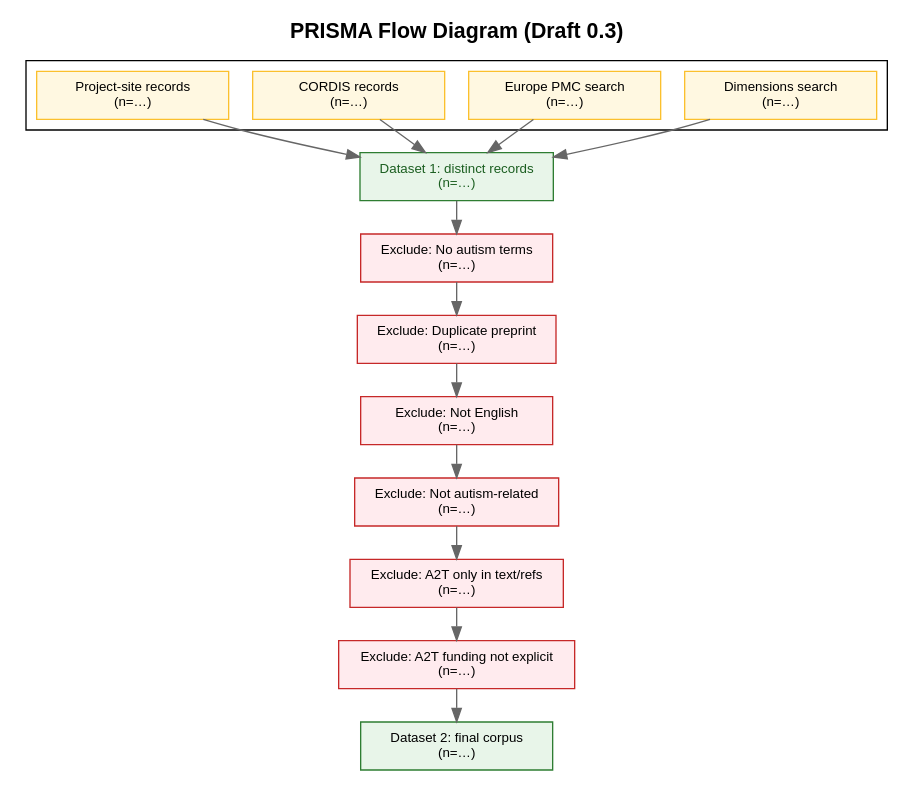
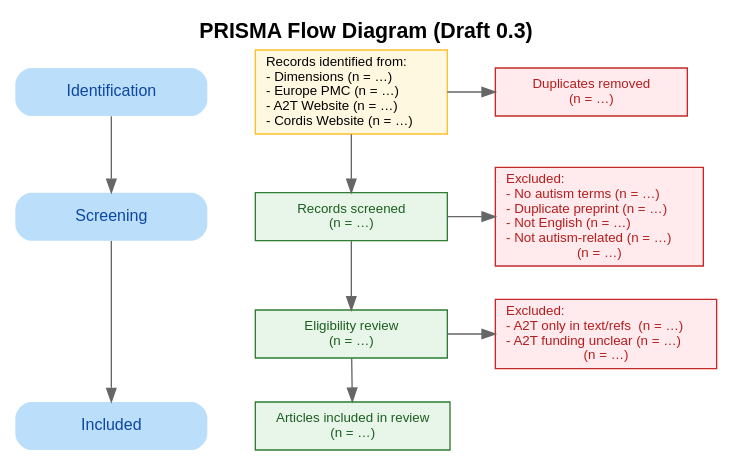
Before and after one commit to cedric-detienne/Autistic-participatory-metrics: the diagram in corpus/AIMS-2-TRIALS/protocol/prisma_diagram/prisma_diagram.dot, drawn with Graphviz.

```diff
--- a/corpus/AIMS-2-TRIALS/protocol/prisma_diagram/prisma_diagram.dot
+++ b/corpus/AIMS-2-TRIALS/protocol/prisma_diagram/prisma_diagram.dot
@@ -1,38 +1,60 @@
-digraph PRISMA {
-  rankdir = TB
+digraph PRISMA2020 {
+  /* ── Global settings ─────────────────────────────────────────────── */
+  rankdir = TB                           // Top-to-bottom layout
   labelloc = "t"
   label = "PRISMA Flow Diagram (Draft 0.3)"
   fontsize = 16
   fontname = "Helvetica-Bold"
-  nodesep = 0.25
+
+  nodesep = 0.5
   ranksep = 0.35
-  node [shape=box, fontname="Helvetica", fontsize=10, style=filled]
+
+  node [shape=box, fontname="Helvetica", fontsize=10, style=filled, width=2]
   edge [color=gray40]
 
-  /* — Sources — */
-  subgraph cluster_sources {
-    label = ""
-    rank = same
-    S1 [label="Dimensions search\n(n=…)",    width=2, fillcolor="#fff8e1", color="#fbc02d"];
-    S2 [label="Europe PMC search\n(n=…)",    width=2, fillcolor="#fff8e1", color="#fbc02d"];
-    S3 [label="CORDIS records\n(n=…)",       width=2, fillcolor="#fff8e1", color="#fbc02d"];
-    S4 [label="Project-site records\n(n=…)", width=2, fillcolor="#fff8e1", color="#fbc02d"];
-  }
+  /* ── Nodes — sources and flow ────────────────────────────────────── */
+  // Yellow box: record identification
+  R1 [label="Records identified from:\l- Dimensions (n = …)\l- Europe PMC (n = …)\l- A2T Website (n = …)\l- Cordis Website (n = …)\l", fillcolor="#fff8e1", color="#fbc02d"];
 
-  /* — Datasets — */
-  D1 [label="Dataset 1: distinct records\n(n=…)", width=2, fillcolor="#e8f5e9", color="#2e7d32", fontcolor="#1b5e20"];
-  D2 [label="Dataset 2: final corpus\n(n=…)",    width=2, fillcolor="#e8f5e9", color="#2e7d32"];
+  // Green boxes: progression
+  R2 [label="Records screened\n(n = …)", fillcolor="#e8f5e9", color="#2e7d32", fontcolor="#1b5e20"];
+  R3 [label="Eligibility review\n(n = …)", fillcolor="#e8f5e9", color="#2e7d32", fontcolor="#1b5e20"];
+  R4 [label="Articles included in review\n(n = …)", fillcolor="#e8f5e9", color="#2e7d32", fontcolor="#1b5e20"];
 
-  /* — Exclusions — */
-  X1  [label="Exclude: No autism terms\n(n=…)",             width=2, fillcolor="#ffebee", color="#c62828"];
-  X2  [label="Exclude: Duplicate preprint\n(n=…)",          width=2, fillcolor="#ffebee", color="#c62828"];
-  X3  [label="Exclude: Not English\n(n=…)",                 width=2, fillcolor="#ffebee", color="#c62828"];
-  X4  [label="Exclude: Not autism-related\n(n=…)",          width=2, fillcolor="#ffebee", color="#c62828"];
-  X5  [label="Exclude: A2T only in text/refs\n(n=…)",       width=2, fillcolor="#ffebee", color="#c62828"];
-  XF1 [label="Exclude: A2T funding not explicit\n(n=…)",    width=2, fillcolor="#ffebee", color="#c62828"];
+  /* ── Exclusion notes (right) ─────────────────────────────────────── */
+  Dup  [label="Duplicates removed\n(n = …)", fillcolor="#ffebee", color="#c62828", fontcolor="#b71c1c"];
+  Xscr [label="Excluded:\l- No autism terms (n = …)\l- Duplicate preprint (n = …)\l- Not English (n = …)\l- Not autism-related (n = …)\l(n = …)", fillcolor="#ffebee", color="#c62828", fontcolor="#b71c1c"];
+  Xelig [label="Excluded:\l- A2T only in text/refs  (n = …)\l- A2T funding unclear (n = …)\l(n = …)", fillcolor="#ffebee", color="#c62828", fontcolor="#b71c1c"];
 
-  /* — Flux — */
-  S1 -> D1;  S2 -> D1;  S3 -> D1;  S4 -> D1;
-  D1 -> X1 -> X2 -> X3 -> X4 -> X5 -> XF1 -> D2;
+  /* ── Phase labels (left, blue) ───────────────────────────────────── */
+  node [shape=plaintext, fontname="Helvetica", fontsize=12,
+        fillcolor="#bbdefb", style="rounded,filled", color="#0d47a1", fontcolor="#0d47a1"]
+  L1 [label="Identification"];
+  L2 [label="Screening"];
+  L3 [label="Included"];
+
+  L1 -> L2
+  L2 -> L3
+
+  /* ── Alignment ───────────────────────────────────────────────────── */
+  { rank=same; L1; R1; Dup }
+  { rank=same; L2; R2; Xscr }
+  { rank=same; R3; Xelig }
+  { rank=same; L3; R4 }
+
+  /* ── Flow arrows ─────────────────────────────────────────────────── */
+  R1 -> R2
+  R2 -> R3
+  R3 -> R4
+
+  /* Invisible edges for alignment */
+R1:e -> Dup:w
+R2:e -> Xscr:w
+R3:e -> Xelig:w
+
+  L1 -> R1 [style=invis]
+  L2 -> R2 [style=invis]
+  L3 -> R4 [style=invis]
+
 
 }
```
